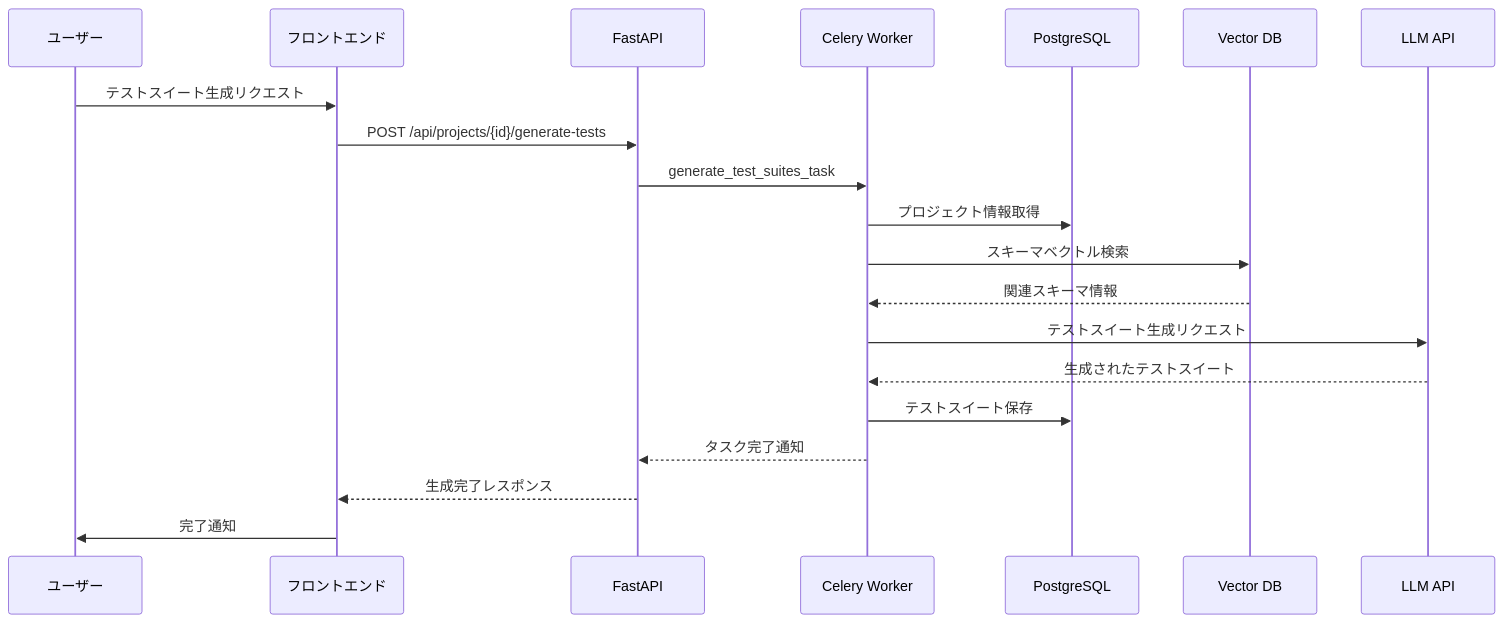
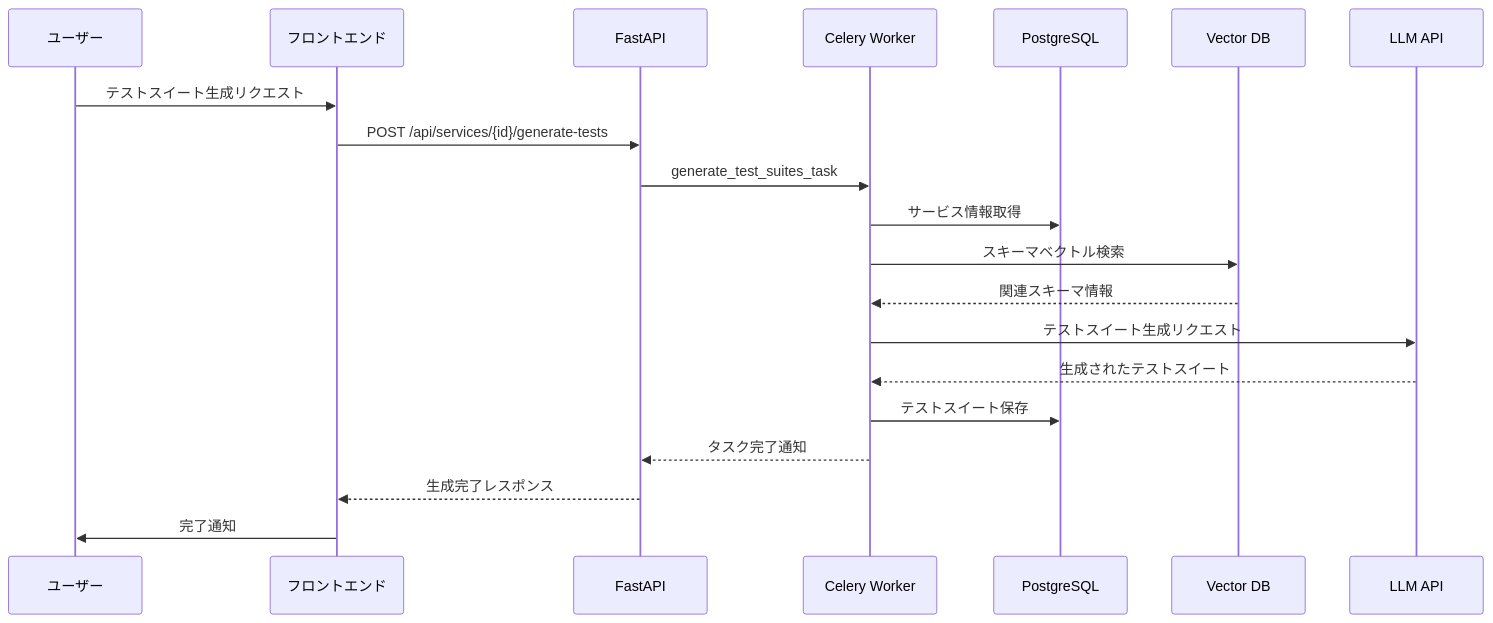
Before and after one commit to Pirikara/caseforge: the second of 6 diagrams in ARCHITECTURE.md, drawn with Mermaid. The commit also changed other lines of this file and 80 other files, not shown here.

````diff
--- a/ARCHITECTURE.md
+++ b/ARCHITECTURE.md
@@ -149,23 +149,23 @@
 ```mermaid
 sequenceDiagram
   participant User as ユーザー
   participant UI as フロントエンド
   participant API as FastAPI
   participant Worker as Celery Worker
   participant DB as PostgreSQL
   participant Vector as Vector DB
   participant LLM as LLM API
 
   User->>UI: テストスイート生成リクエスト
-  UI->>API: POST /api/projects/{id}/generate-tests
+  UI->>API: POST /api/services/{id}/generate-tests
   API->>Worker: generate_test_suites_task
-  Worker->>DB: プロジェクト情報取得
+  Worker->>DB: サービス情報取得
   Worker->>Vector: スキーマベクトル検索
   Vector-->>Worker: 関連スキーマ情報
   Worker->>LLM: テストスイート生成リクエスト
   LLM-->>Worker: 生成されたテストスイート
   Worker->>DB: テストスイート保存
   Worker-->>API: タスク完了通知
   API-->>UI: 生成完了レスポンス
   UI->>User: 完了通知
 ```
````
